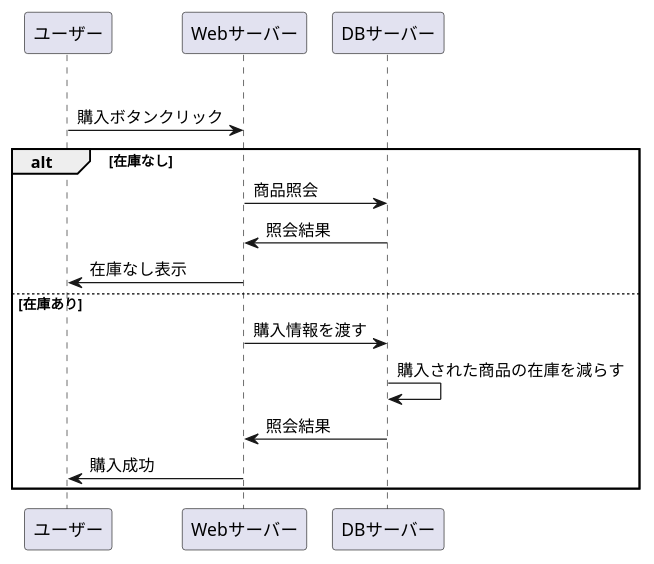
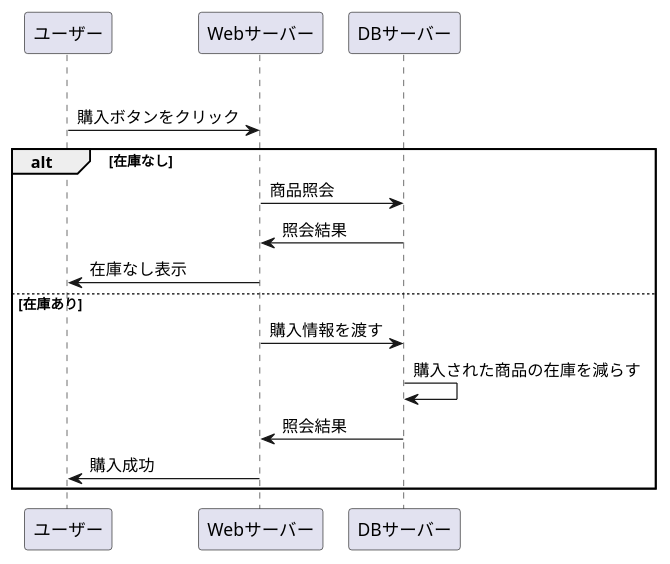
The diagram in stationary/業務フロー/購入.md (Aso2001154/2021sys-design), drawn with PlantUML before and after one commit.

````diff
--- a/stationary/業務フロー/購入.md
+++ b/stationary/業務フロー/購入.md
@@ -2,19 +2,19 @@
 ```uml
 @startuml
 
 opt 購入する
-ユーザー -> Webサーバー : 購入ボタンクリック
+ユーザー -> Webサーバー : 購入ボタンをクリック
 
 alt 在庫なし
 Webサーバー -> DBサーバー : 商品照会
 DBサーバー -> Webサーバー : 照会結果
 Webサーバー -> ユーザー : 在庫なし表示
 else 在庫あり
 Webサーバー -> DBサーバー : 購入情報を渡す
 DBサーバー -> DBサーバー : 購入された商品の在庫を減らす
 DBサーバー -> Webサーバー : 照会結果
 Webサーバー -> ユーザー : 購入成功
 end
 
 @enduml
 ```
````
